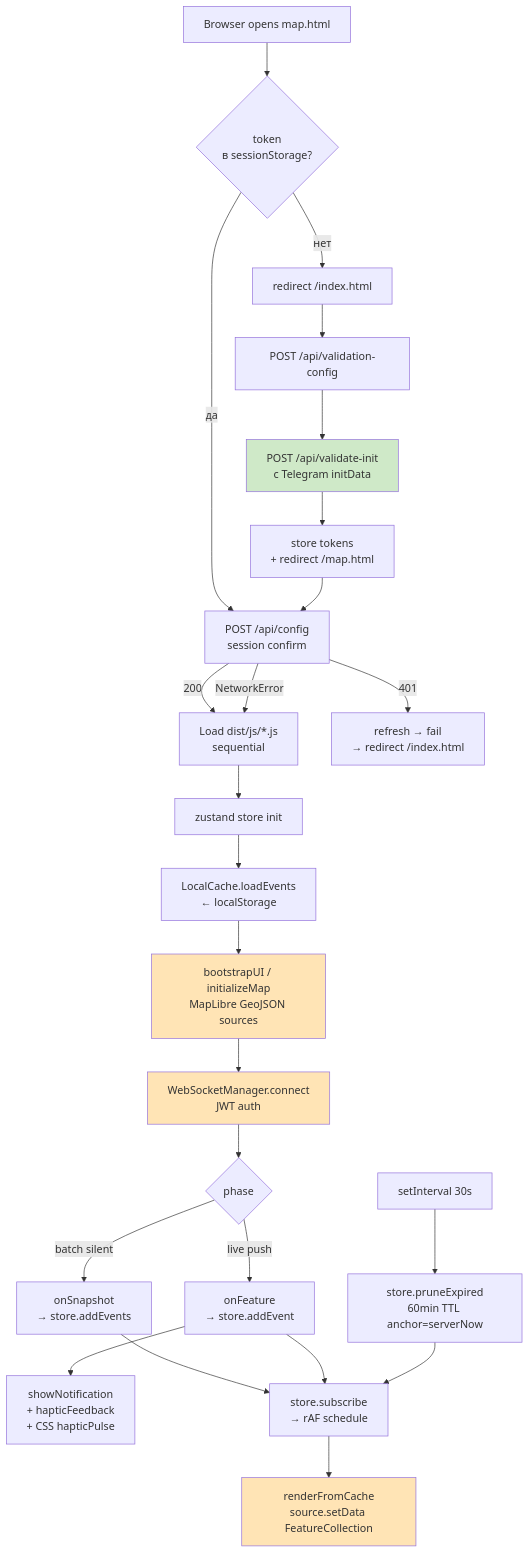
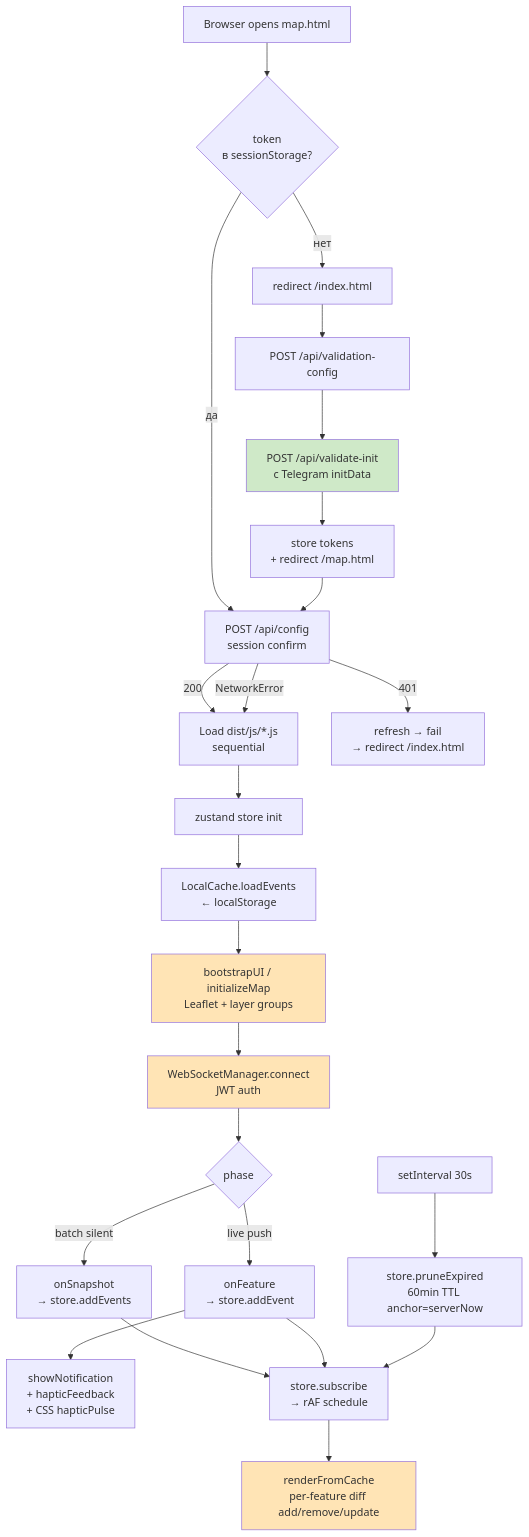
One commit to jin10r/debug changed the diagram in docs/web.md. Above: the diagram before and after it, drawn with Mermaid. The commit also changed other lines of this file and 2 other files, not shown here.

````diff
--- a/docs/web.md
+++ b/docs/web.md
@@ -67,30 +68,30 @@
 ```mermaid
 flowchart TD
     A[Browser opens map.html] --> B{token<br/>в sessionStorage?}
     B -->|нет| C[redirect /index.html]
     C --> D[POST /api/validation-config]
     D --> E[POST /api/validate-init<br/>с Telegram initData]
     E --> F[store tokens<br/>+ redirect /map.html]
     B -->|да| G[POST /api/config<br/>session confirm]
     F --> G
     G -->|200| H[Load dist/js/*.js<br/>sequential]
     G -->|NetworkError| H
     G -->|401| I[refresh → fail<br/>→ redirect /index.html]
     H --> J[zustand store init]
     J --> K[LocalCache.loadEvents<br/>← localStorage]
-    K --> L[bootstrapUI / initializeMap<br/>MapLibre GeoJSON sources]
+    K --> L[bootstrapUI / initializeMap<br/>Leaflet + layer groups]
     L --> M[WebSocketManager.connect<br/>JWT auth]
     M --> N{phase}
     N -->|batch silent| O[onSnapshot<br/>→ store.addEvents]
     N -->|live push| P[onFeature<br/>→ store.addEvent]
     P --> Q[showNotification<br/>+ hapticFeedback<br/>+ CSS hapticPulse]
     O --> R[store.subscribe<br/>→ rAF schedule]
     P --> R
-    R --> S[renderFromCache<br/>source.setData FeatureCollection]
+    R --> S[renderFromCache<br/>per-feature diff add/remove/update]
     T[setInterval 30s] --> U[store.pruneExpired<br/>60min TTL anchor=serverNow]
     U --> R
     style E fill:#cfe9c8
     style L fill:#ffe4b5
     style M fill:#ffe4b5
     style S fill:#ffe4b5
 ```
````
